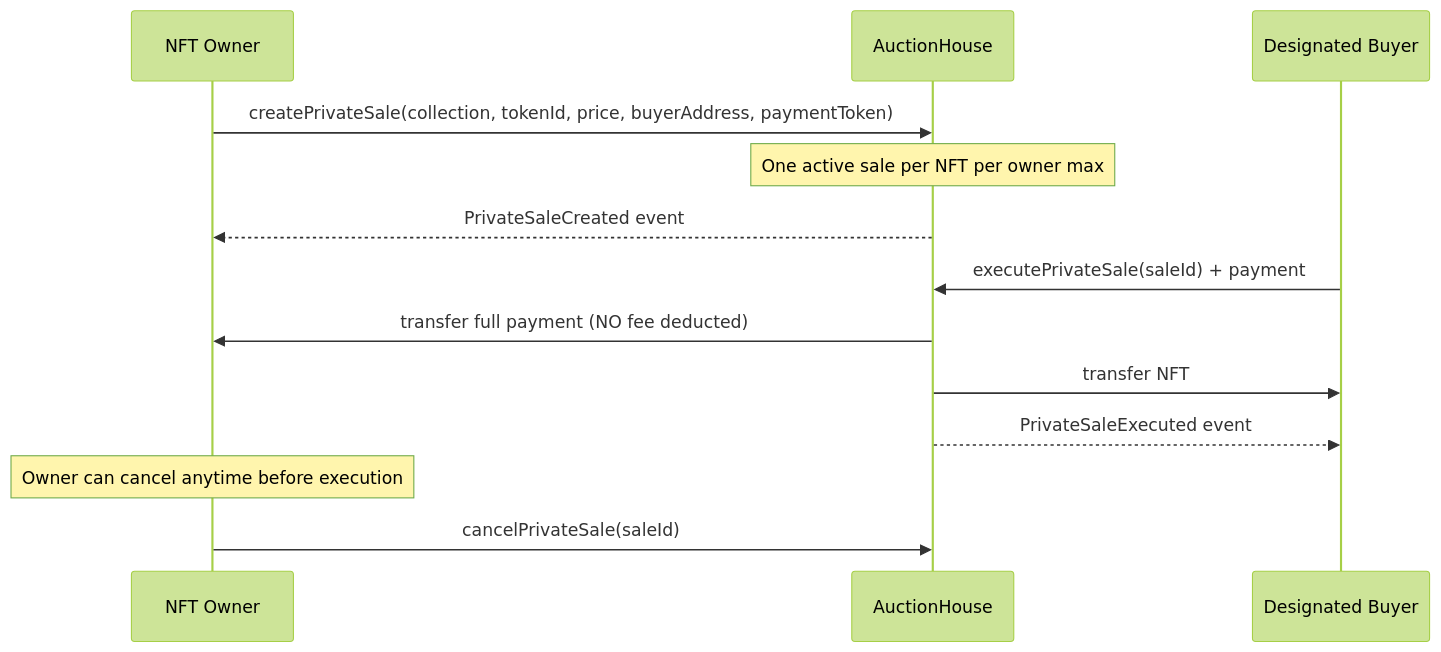
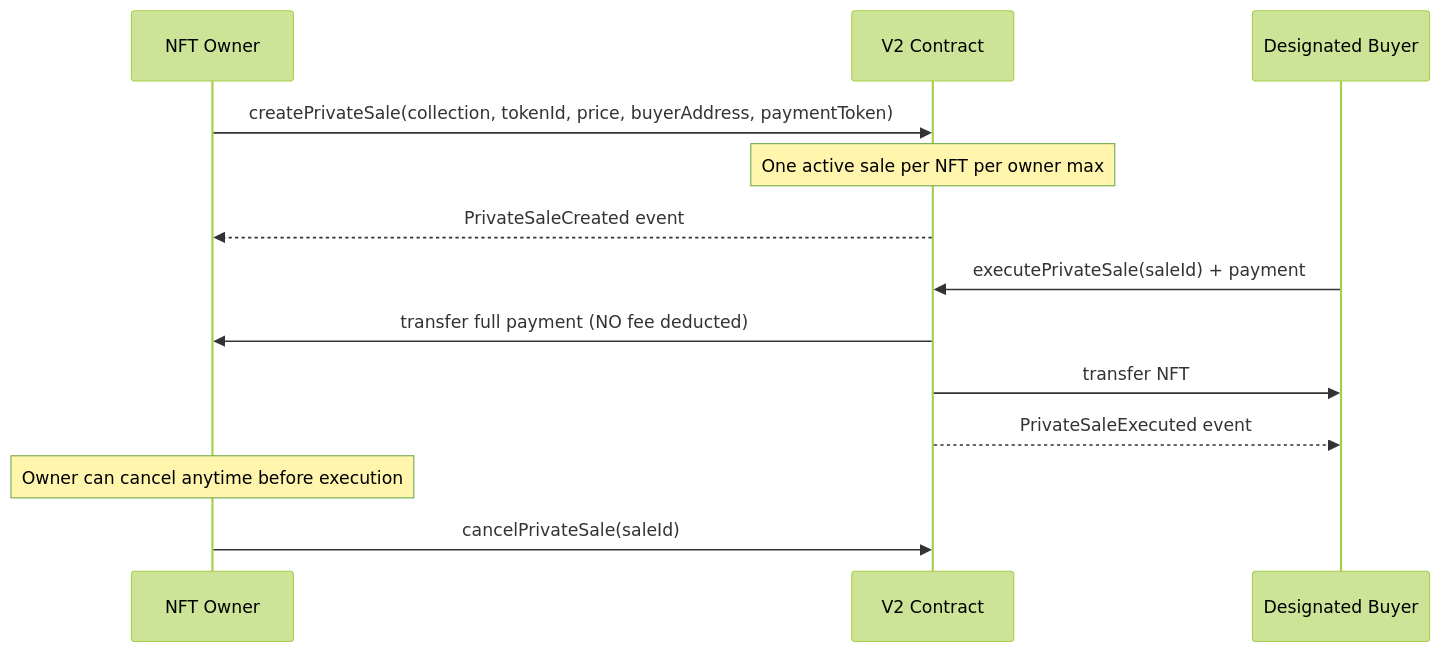
Before and after one commit to blockchainsuperheroes/marketplace-v2-contract: the seventh of 10 diagrams in README.md, drawn with Mermaid (forest theme). The commit also changed other lines of this file, not shown here.

````diff
--- a/README.md
+++ b/README.md
@@ -335,18 +351,18 @@
 ```mermaid
 sequenceDiagram
     participant Owner as NFT Owner
-    participant Contract as AuctionHouse
+    participant Contract as V2 Contract
     participant Buyer as Designated Buyer
 
     Owner->>Contract: createPrivateSale(collection, tokenId, price, buyerAddress, paymentToken)
     Note over Contract: One active sale per NFT per owner max
     Contract-->>Owner: PrivateSaleCreated event
 
     Buyer->>Contract: executePrivateSale(saleId) + payment
     Contract->>Owner: transfer full payment (NO fee deducted)
     Contract->>Buyer: transfer NFT
     Contract-->>Buyer: PrivateSaleExecuted event
 
     Note over Owner: Owner can cancel anytime before execution
     Owner->>Contract: cancelPrivateSale(saleId)
 ```
````
